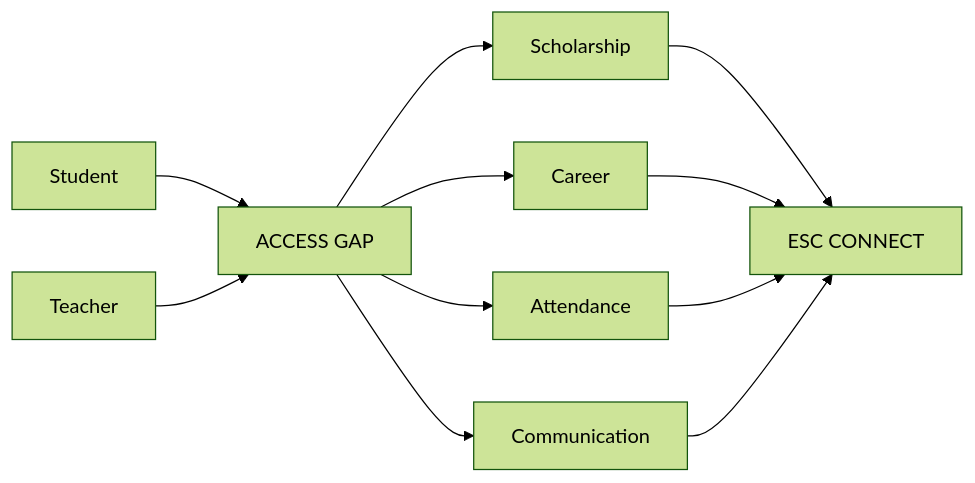
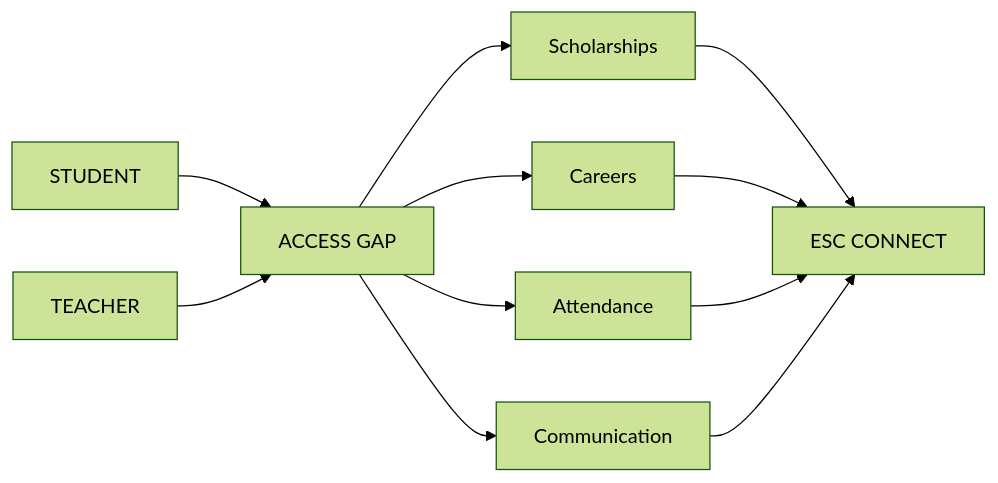
The first of 17 diagrams in README.md (mahik2007/hackathon), drawn with Mermaid (forest theme) before and after one commit. The commit also changed other lines of this file, not shown here.

First line of the commit message:
Revise README structure and enhance diagrams

````diff
--- a/README.md
+++ b/README.md
@@ -5,13 +8,13 @@
 ```mermaid
 flowchart LR
-S[Student] --> G[ACCESS GAP]
-T[Teacher] --> G
-G --> A[Scholarship]
-G --> B[Career]
-G --> C[Attendance]
-G --> D[Communication]
-A --> E[ESC CONNECT]
-B --> E
-C --> E
-D --> E
+    S[STUDENT] --> G[ACCESS GAP]
+    T[TEACHER] --> G
+    G --> SCH[Scholarships]
+    G --> CAR[Careers]
+    G --> ATT[Attendance]
+    G --> COM[Communication]
+    SCH --> E[ESC CONNECT]
+    CAR --> E
+    ATT --> E
+    COM --> E
 ```
````
